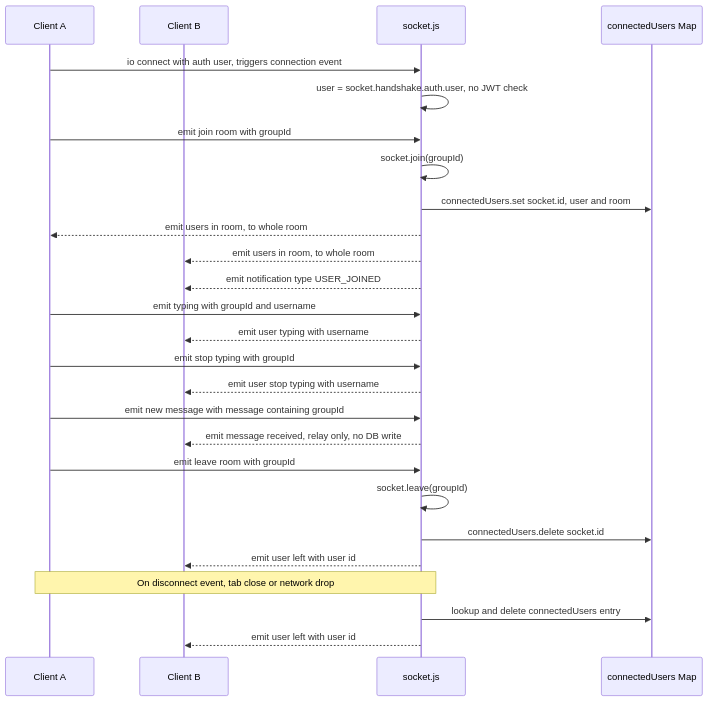
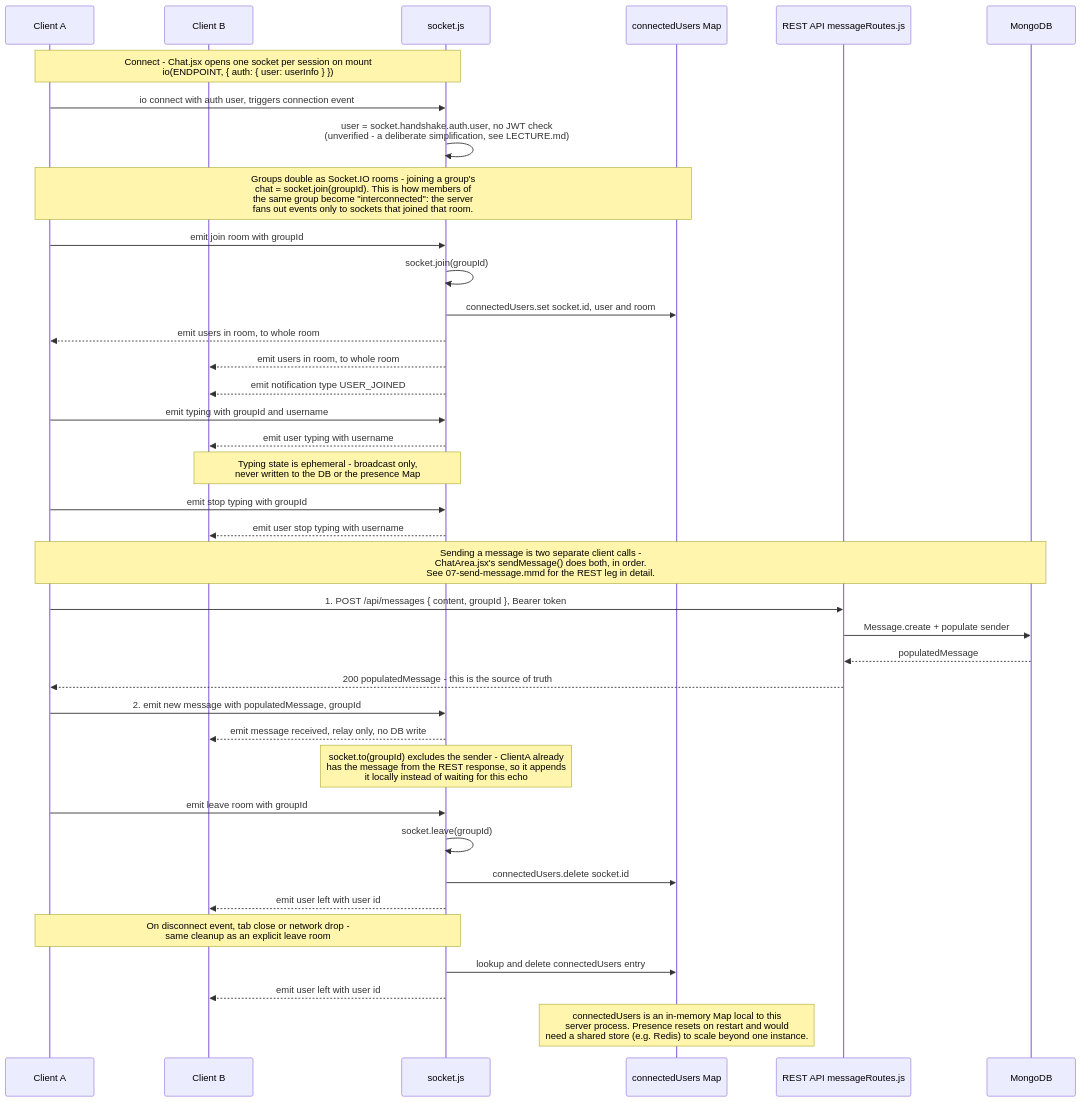
The diagram in mern-chat-backend/docs/sequence diagrams/09-socketio-realtime.mmd (minoltan/mern-chat-app), drawn with Mermaid before and after one commit.

Commit message:
Fix: socket detail added

```diff
--- a/mern-chat-backend/docs/sequence diagrams/09-socketio-realtime.mmd
+++ b/mern-chat-backend/docs/sequence diagrams/09-socketio-realtime.mmd
@@ -1,33 +1,46 @@
 sequenceDiagram
     participant ClientA as Client A
     participant ClientB as Client B
     participant Socket as socket.js
     participant Map as connectedUsers Map
+    participant REST as REST API messageRoutes.js
+    participant DB as MongoDB
 
+    Note over ClientA,Socket: Connect - Chat.jsx opens one socket per session on mount<br/>io(ENDPOINT, { auth: { user: userInfo } })
     ClientA->>Socket: io connect with auth user, triggers connection event
-    Socket->>Socket: user = socket.handshake.auth.user, no JWT check
+    Socket->>Socket: user = socket.handshake.auth.user, no JWT check<br/>(unverified - a deliberate simplification, see LECTURE.md)
 
+    Note over ClientA,Map: Groups double as Socket.IO rooms - joining a group's<br/>chat = socket.join(groupId). This is how members of<br/>the same group become "interconnected": the server<br/>fans out events only to sockets that joined that room.
     ClientA->>Socket: emit join room with groupId
     Socket->>Socket: socket.join(groupId)
     Socket->>Map: connectedUsers.set socket.id, user and room
     Socket-->>ClientA: emit users in room, to whole room
     Socket-->>ClientB: emit users in room, to whole room
     Socket-->>ClientB: emit notification type USER_JOINED
 
     ClientA->>Socket: emit typing with groupId and username
     Socket-->>ClientB: emit user typing with username
+    Note over Socket,ClientB: Typing state is ephemeral - broadcast only,<br/>never written to the DB or the presence Map
 
     ClientA->>Socket: emit stop typing with groupId
     Socket-->>ClientB: emit user stop typing with username
 
-    ClientA->>Socket: emit new message with message containing groupId
+    Note over ClientA,DB: Sending a message is two separate client calls -<br/>ChatArea.jsx's sendMessage() does both, in order.<br/>See 07-send-message.mmd for the REST leg in detail.
+    ClientA->>REST: 1. POST /api/messages { content, groupId }, Bearer token
+    REST->>DB: Message.create + populate sender
+    DB-->>REST: populatedMessage
+    REST-->>ClientA: 200 populatedMessage - this is the source of truth
+    ClientA->>Socket: 2. emit new message with populatedMessage, groupId
     Socket-->>ClientB: emit message received, relay only, no DB write
+    Note over Socket: socket.to(groupId) excludes the sender - ClientA already<br/>has the message from the REST response, so it appends<br/>it locally instead of waiting for this echo
 
     ClientA->>Socket: emit leave room with groupId
     Socket->>Socket: socket.leave(groupId)
     Socket->>Map: connectedUsers.delete socket.id
     Socket-->>ClientB: emit user left with user id
 
-    Note over ClientA,Socket: On disconnect event, tab close or network drop
+    Note over ClientA,Socket: On disconnect event, tab close or network drop -<br/>same cleanup as an explicit leave room
     Socket->>Map: lookup and delete connectedUsers entry
     Socket-->>ClientB: emit user left with user id
+
+    Note over Map: connectedUsers is an in-memory Map local to this<br/>server process. Presence resets on restart and would<br/>need a shared store (e.g. Redis) to scale beyond one instance.
```
